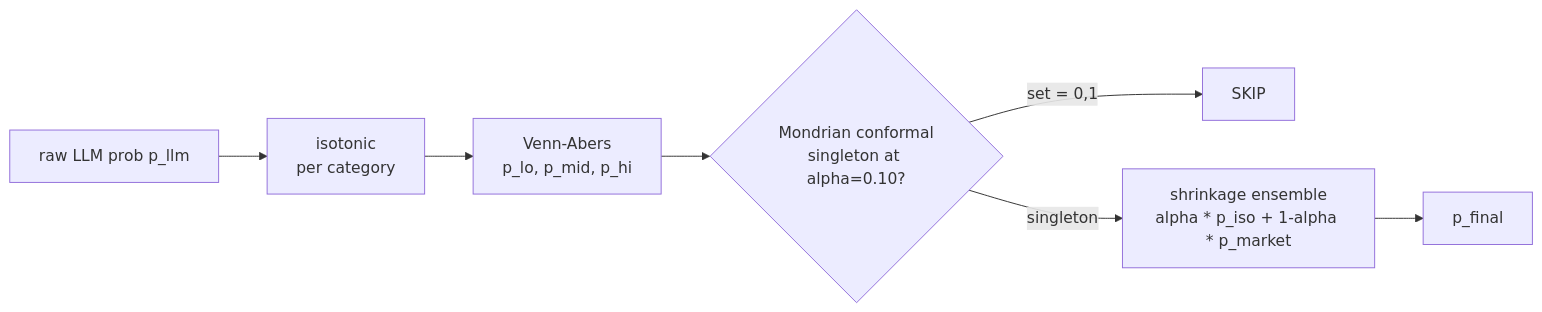
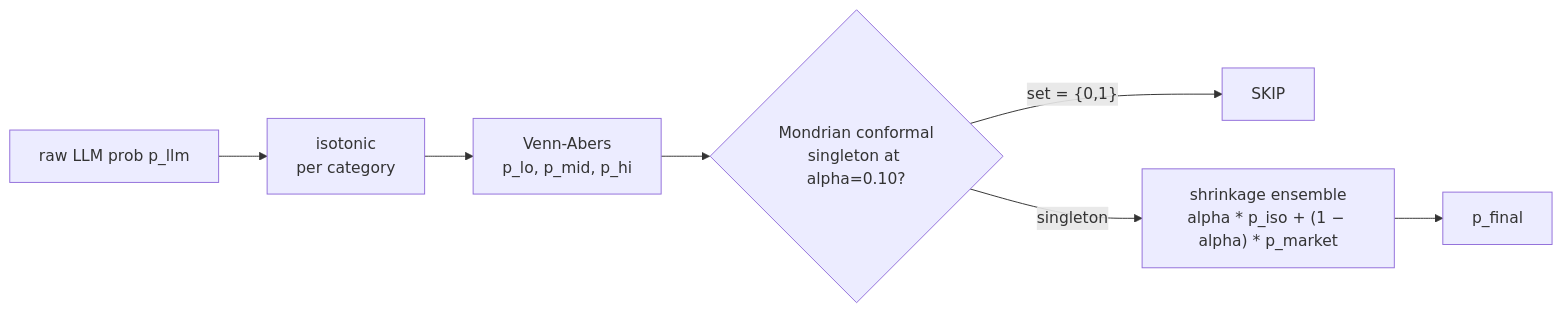
One commit to ksk5429/quant-notes changed the diagram in docs/docs/calibration.md. Above: the diagram before and after it, drawn with Mermaid. The commit also changed 1 other file, not shown here.

Commit message:
fix: Mermaid 11 syntax — quote labels, drop HTML entities
Two flowcharts in swarm.md and calibration.md failed to parse with the
Mermaid 11.14 error "syntax error in text". Root causes:

1. Unquoted node labels containing punctuation ("SKIP - unknowable",
   "raw LLM prob p_llm") — Mermaid 11's grammar is stricter about what
   counts as an identifier vs literal text inside []. The dash in
   "SKIP - unknowable" and the underscore inside a longer phrase
   confuse the lexer. Quoting the whole label ("...") sidesteps the
   issue entirely.
2. &lt; inside {...} diamond nodes — Mermaid 11 does not decode HTML
   entities inside the curly-brace form. Rewrote as the word "less
   than" in swarm.md (retaining math semantics) and used Unicode "−" /
   literal "<" where safe after quoting.
3. Unquoted edge labels with commas and math operators
   (|alpha * p_iso + 1-alpha * p_market|) — same issue. Quoted all
   edge labels.

The data-model.md ERD already used quoted labels and needed no change.

Ran `mkdocs build` locally: clean, 9.5s. The Material theme auto-loads
mermaid@11 via its bundle.js; no extra config needed beyond the fence
custom_fences hook already in mkdocs.yml.

````diff
--- a/docs/docs/calibration.md
+++ b/docs/docs/calibration.md
@@ -29,9 +29,9 @@
 ```mermaid
 flowchart LR
-    R[raw LLM prob p_llm] --> I[isotonic<br/>per category]
-    I --> V[Venn-Abers<br/>p_lo, p_mid, p_hi]
-    V --> C{Mondrian conformal<br/>singleton at alpha=0.10?}
-    C -->|set = 0,1| S[SKIP]
-    C -->|singleton| E[shrinkage ensemble<br/>alpha * p_iso + 1-alpha * p_market]
-    E --> F[p_final]
+    R["raw LLM prob p_llm"] --> I["isotonic<br/>per category"]
+    I --> V["Venn-Abers<br/>p_lo, p_mid, p_hi"]
+    V --> C{"Mondrian conformal<br/>singleton at alpha=0.10?"}
+    C -->|"set = {0,1}"| S["SKIP"]
+    C -->|"singleton"| E["shrinkage ensemble<br/>alpha * p_iso + (1 − alpha) * p_market"]
+    E --> F["p_final"]
 ```
````
